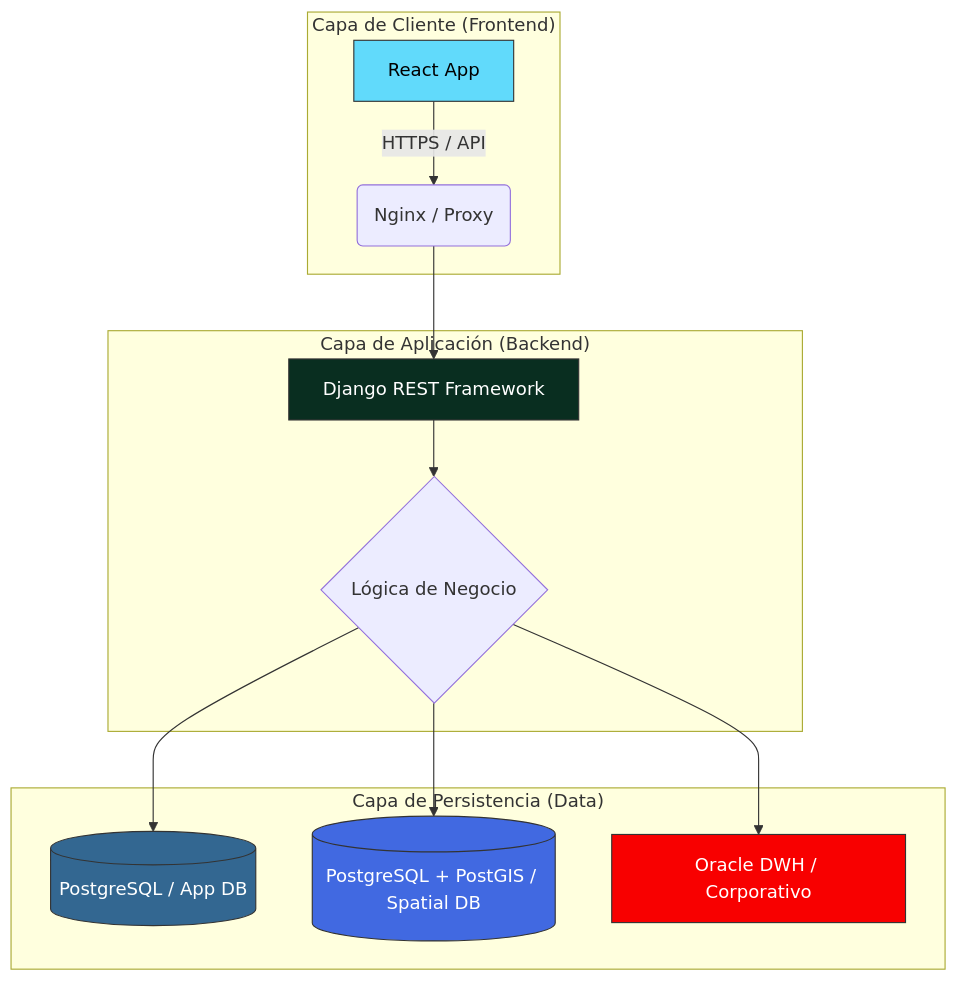
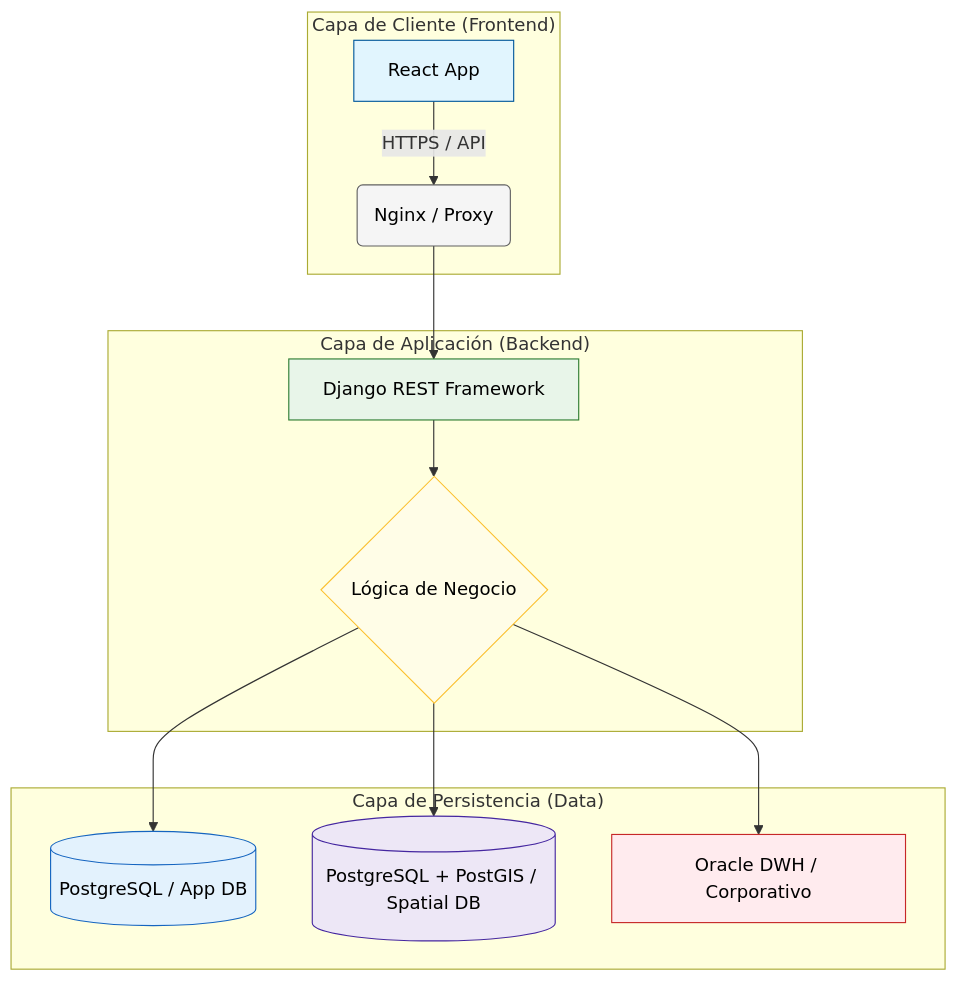
One commit to wleogutierrez/WSL-DataFabric changed the diagram in docs/desarrollo/arquitectura_web.md. Above: the diagram before and after it, drawn with Mermaid. The commit also changed other lines of this file and 7 other files, not shown here.

````diff
--- a/docs/desarrollo/arquitectura_web.md
+++ b/docs/desarrollo/arquitectura_web.md
@@ -10,23 +11,26 @@
 ```mermaid
 graph TD
     subgraph "Capa de Cliente (Frontend)"
         A[React App] -->|HTTPS / API| B(Nginx / Proxy)
     end
 
     subgraph "Capa de Aplicación (Backend)"
         B --> C[Django REST Framework]
         C --> D{Lógica de Negocio}
     end
 
     subgraph "Capa de Persistencia (Data)"
         D --> E1[(PostgreSQL / App DB)]
         D --> E2[(PostgreSQL + PostGIS / Spatial DB)]
         D --> F[Oracle DWH / Corporativo]
     end
 
-    style A fill:#61dafb,stroke:#333,color:#000
-    style C fill:#092e20,stroke:#333,color:#fff
-    style E1 fill:#336791,stroke:#333,color:#fff
-    style E2 fill:#4169E1,stroke:#333,color:#fff
-    style F fill:#f80000,stroke:#333,color:#fff
+    %% Estilos para Fondos Claros y Texto Negro Legible
+    style A fill:#E1F5FE,stroke:#01579B,color:#000
+    style B fill:#F5F5F5,stroke:#616161,color:#000
+    style C fill:#E8F5E9,stroke:#2E7D32,color:#000
+    style D fill:#FFFDE7,stroke:#FBC02D,color:#000
+    style E1 fill:#E3F2FD,stroke:#1565C0,color:#000
+    style E2 fill:#EDE7F6,stroke:#4527A0,color:#000
+    style F fill:#FFEBEE,stroke:#C62828,color:#000
 ```
````
